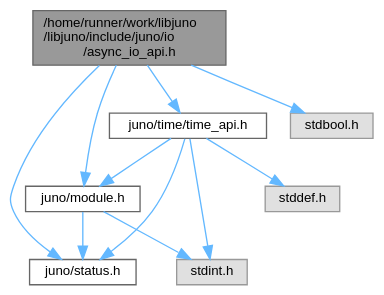
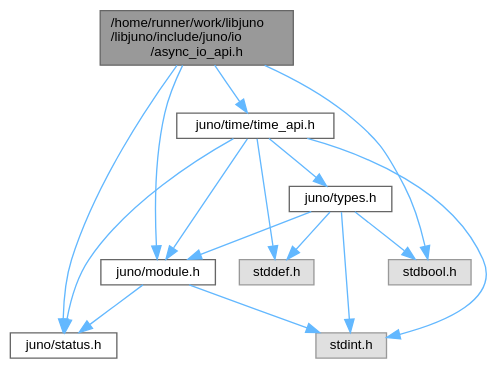
The diagram in async__io__api_8h__incl.dot (robinonsay/libjuno), drawn with Graphviz before and after one commit. The commit also changed 154 other files, not shown here.

```diff
--- a/async__io__api_8h__incl.dot
+++ b/async__io__api_8h__incl.dot
@@ -1,24 +1,30 @@
 digraph "/home/runner/work/libjuno/libjuno/include/juno/io/async_io_api.h"
 {
  // LATEX_PDF_SIZE
   bgcolor="transparent";
   edge [fontname=Helvetica,fontsize=10,labelfontname=Helvetica,labelfontsize=10];
   node [fontname=Helvetica,fontsize=10,shape=box,height=0.2,width=0.4];
   Node1 [id="Node000001",label="/home/runner/work/libjuno\l/libjuno/include/juno/io\l/async_io_api.h",height=0.2,width=0.4,color="gray40", fillcolor="grey60", style="filled", fontcolor="black",tooltip=" "];
   Node1 -> Node2 [id="edge1_Node000001_Node000002",color="steelblue1",style="solid",tooltip=" "];
   Node2 [id="Node000002",label="juno/status.h",height=0.2,width=0.4,color="grey40", fillcolor="white", style="filled",URL="$status_8h.html",tooltip=" "];
   Node1 -> Node3 [id="edge2_Node000001_Node000003",color="steelblue1",style="solid",tooltip=" "];
   Node3 [id="Node000003",label="juno/module.h",height=0.2,width=0.4,color="grey40", fillcolor="white", style="filled",URL="$module_8h.html",tooltip=" "];
   Node3 -> Node2 [id="edge3_Node000003_Node000002",color="steelblue1",style="solid",tooltip=" "];
   Node3 -> Node4 [id="edge4_Node000003_Node000004",color="steelblue1",style="solid",tooltip=" "];
   Node4 [id="Node000004",label="stdint.h",height=0.2,width=0.4,color="grey60", fillcolor="#E0E0E0", style="filled",tooltip=" "];
   Node1 -> Node5 [id="edge5_Node000001_Node000005",color="steelblue1",style="solid",tooltip=" "];
   Node5 [id="Node000005",label="juno/time/time_api.h",height=0.2,width=0.4,color="grey40", fillcolor="white", style="filled",URL="$time__api_8h.html",tooltip=" "];
   Node5 -> Node2 [id="edge6_Node000005_Node000002",color="steelblue1",style="solid",tooltip=" "];
   Node5 -> Node3 [id="edge7_Node000005_Node000003",color="steelblue1",style="solid",tooltip=" "];
   Node5 -> Node6 [id="edge8_Node000005_Node000006",color="steelblue1",style="solid",tooltip=" "];
-  Node6 [id="Node000006",label="stddef.h",height=0.2,width=0.4,color="grey60", fillcolor="#E0E0E0", style="filled",tooltip=" "];
-  Node5 -> Node4 [id="edge9_Node000005_Node000004",color="steelblue1",style="solid",tooltip=" "];
-  Node1 -> Node7 [id="edge10_Node000001_Node000007",color="steelblue1",style="solid",tooltip=" "];
+  Node6 [id="Node000006",label="juno/types.h",height=0.2,width=0.4,color="grey40", fillcolor="white", style="filled",URL="$types_8h.html",tooltip=" "];
+  Node6 -> Node3 [id="edge9_Node000006_Node000003",color="steelblue1",style="solid",tooltip=" "];
+  Node6 -> Node7 [id="edge10_Node000006_Node000007",color="steelblue1",style="solid",tooltip=" "];
   Node7 [id="Node000007",label="stdbool.h",height=0.2,width=0.4,color="grey60", fillcolor="#E0E0E0", style="filled",tooltip=" "];
+  Node6 -> Node8 [id="edge11_Node000006_Node000008",color="steelblue1",style="solid",tooltip=" "];
+  Node8 [id="Node000008",label="stddef.h",height=0.2,width=0.4,color="grey60", fillcolor="#E0E0E0", style="filled",tooltip=" "];
+  Node6 -> Node4 [id="edge12_Node000006_Node000004",color="steelblue1",style="solid",tooltip=" "];
+  Node5 -> Node8 [id="edge13_Node000005_Node000008",color="steelblue1",style="solid",tooltip=" "];
+  Node5 -> Node4 [id="edge14_Node000005_Node000004",color="steelblue1",style="solid",tooltip=" "];
+  Node1 -> Node7 [id="edge15_Node000001_Node000007",color="steelblue1",style="solid",tooltip=" "];
 }
```
